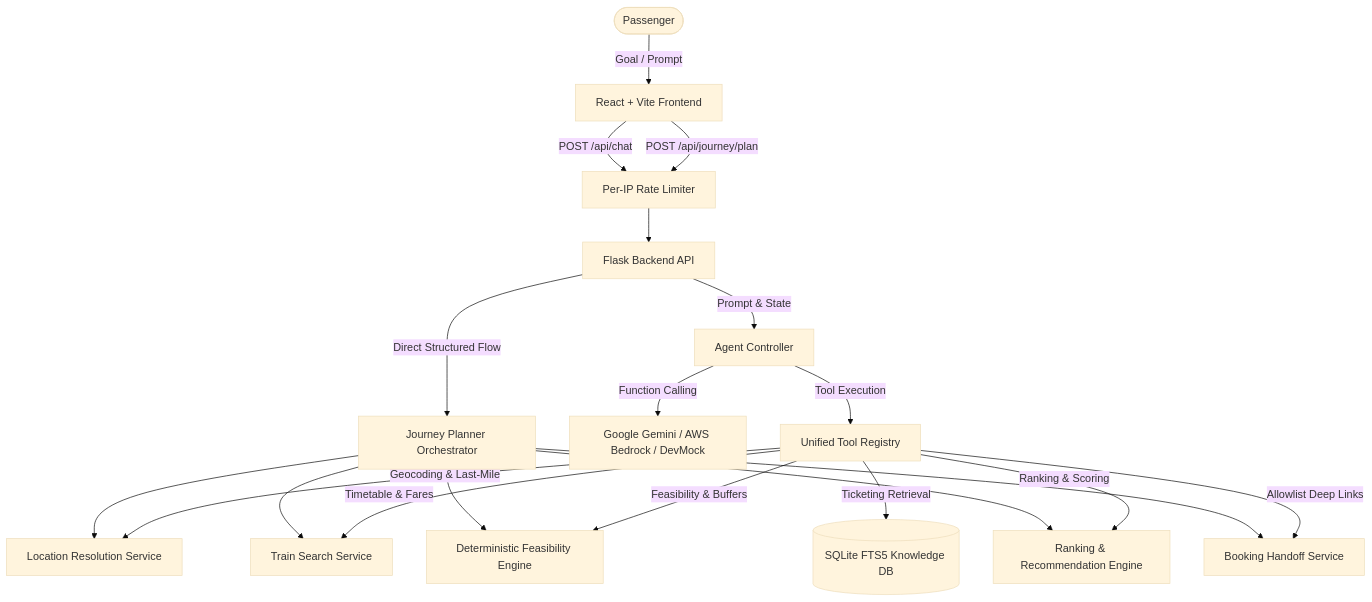
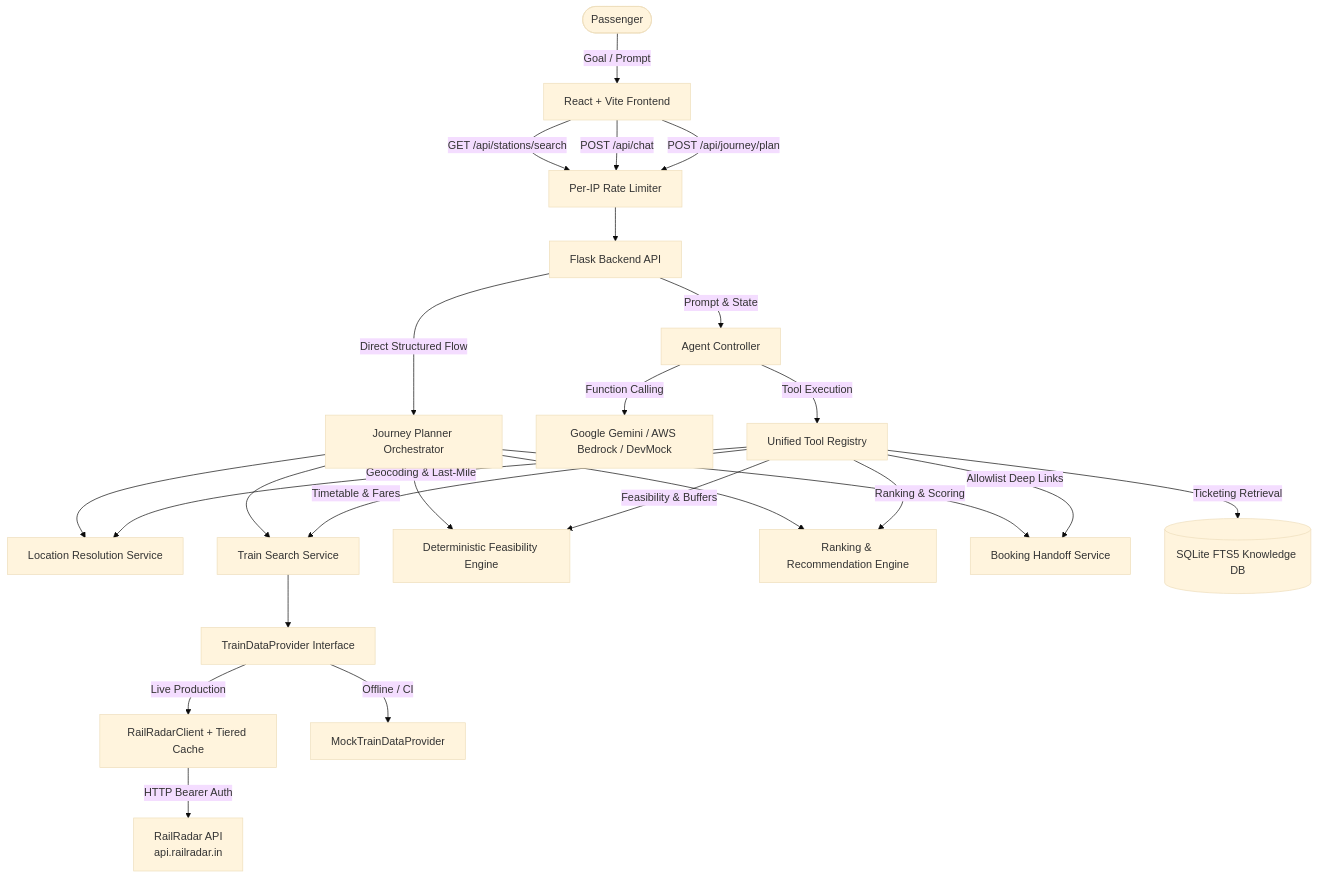
One commit to PaulShervin/RailSaathi changed the diagram in .agent/ARCHITECTURE.md. Above: the diagram before and after it, drawn with Mermaid (base theme). The commit also changed other lines of this file and 23 other files, not shown here.

Commit message:
feat: integrate RailRadar API for real train timetables and journey-specific fares with tiered caching and test suite

````diff
--- a/.agent/ARCHITECTURE.md
+++ b/.agent/ARCHITECTURE.md
@@ -15,26 +16,32 @@
 ```mermaid
 graph TD
     User([Passenger]) -->|Goal / Prompt| FE[React + Vite Frontend]
     FE -->|POST /api/journey/plan| RL[Per-IP Rate Limiter]
     FE -->|POST /api/chat| RL
+    FE -->|GET /api/stations/search| RL
     
     RL --> API[Flask Backend API]
     API -->|Prompt & State| AC[Agent Controller]
     API -->|Direct Structured Flow| JP[Journey Planner Orchestrator]
     
     AC -->|Function Calling| LLM[Google Gemini / AWS Bedrock / DevMock]
     AC -->|Tool Execution| TR[Unified Tool Registry]
     
     TR -->|Geocoding & Last-Mile| LOC[Location Resolution Service]
     TR -->|Timetable & Fares| TT[Train Search Service]
     TR -->|Feasibility & Buffers| FEAS[Deterministic Feasibility Engine]
     TR -->|Ranking & Scoring| RANK[Ranking & Recommendation Engine]
     TR -->|Allowlist Deep Links| BOOK[Booking Handoff Service]
     TR -->|Ticketing Retrieval| KB[(SQLite FTS5 Knowledge DB)]
     
     JP --> LOC
     JP --> TT
     JP --> FEAS
     JP --> RANK
     JP --> BOOK
+    
+    TT --> TDP[TrainDataProvider Interface]
+    TDP -->|Live Production| RR[RailRadarClient + Tiered Cache]
+    TDP -->|Offline / CI| MOCK[MockTrainDataProvider]
+    RR -->|HTTP Bearer Auth| RRAPIS[RailRadar API<br/>api.railradar.in]
 ```
````
